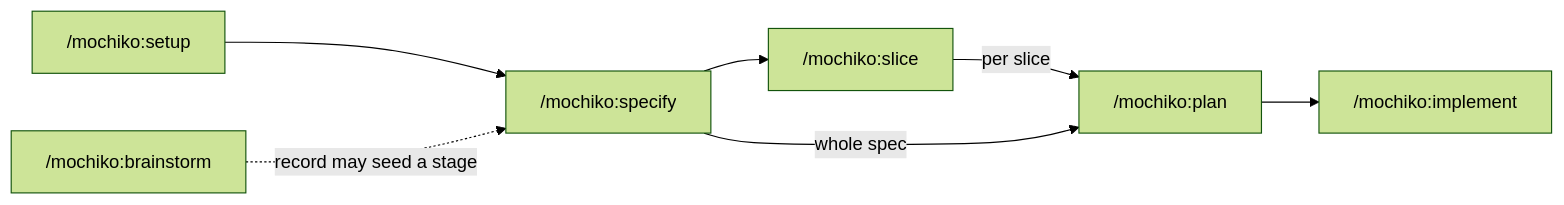
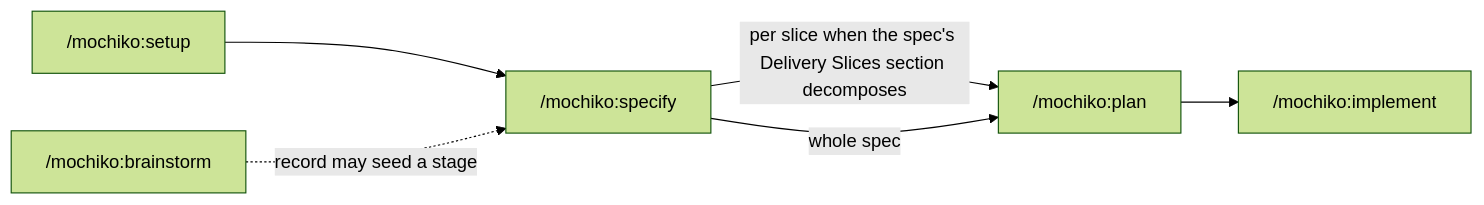
One commit to humaninloop-dev/mochiko changed the second of 7 diagrams in ARCHITECTURE.md. Above: the diagram before and after it, drawn with Mermaid (forest theme). The commit also changed other lines of this file and 66 other files, not shown here.

Commit message:
ask layer de-granularized + slice dissolved into specify (v0.49.0)

````diff
--- a/ARCHITECTURE.md
+++ b/ARCHITECTURE.md
@@ -38,9 +38,8 @@
 ```mermaid
 flowchart LR
   setup["/mochiko:setup"] --> specify["/mochiko:specify"]
-  specify --> slice["/mochiko:slice"]
-  slice -->|"per slice"| plan["/mochiko:plan"]
+  specify -->|"per slice when the spec's Delivery Slices section decomposes"| plan["/mochiko:plan"]
   specify -->|"whole spec"| plan
   plan --> implement["/mochiko:implement"]
   brainstorm["/mochiko:brainstorm"] -.->|"record may seed a stage"| specify
 ```
````
